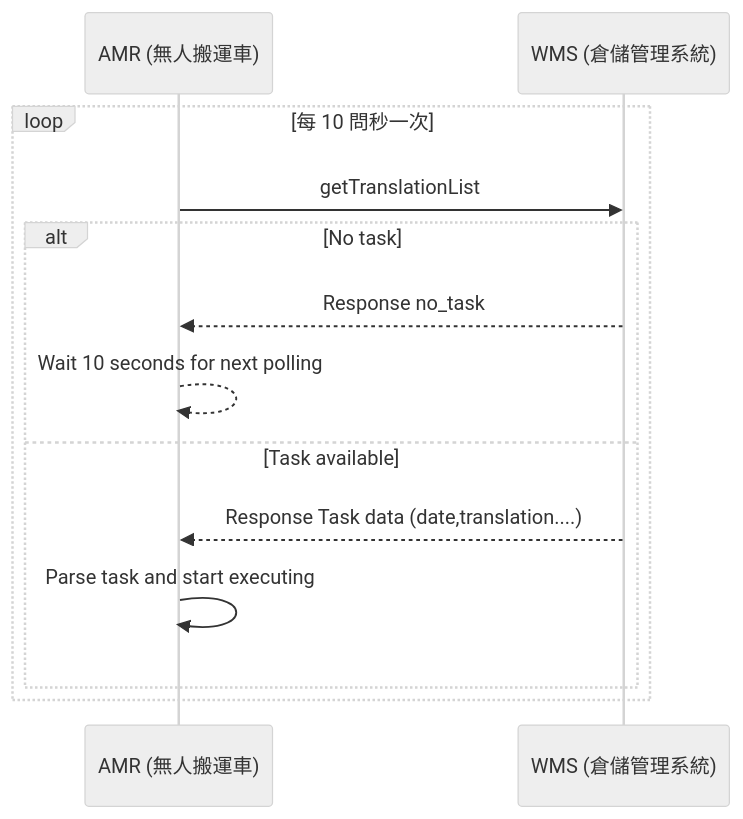
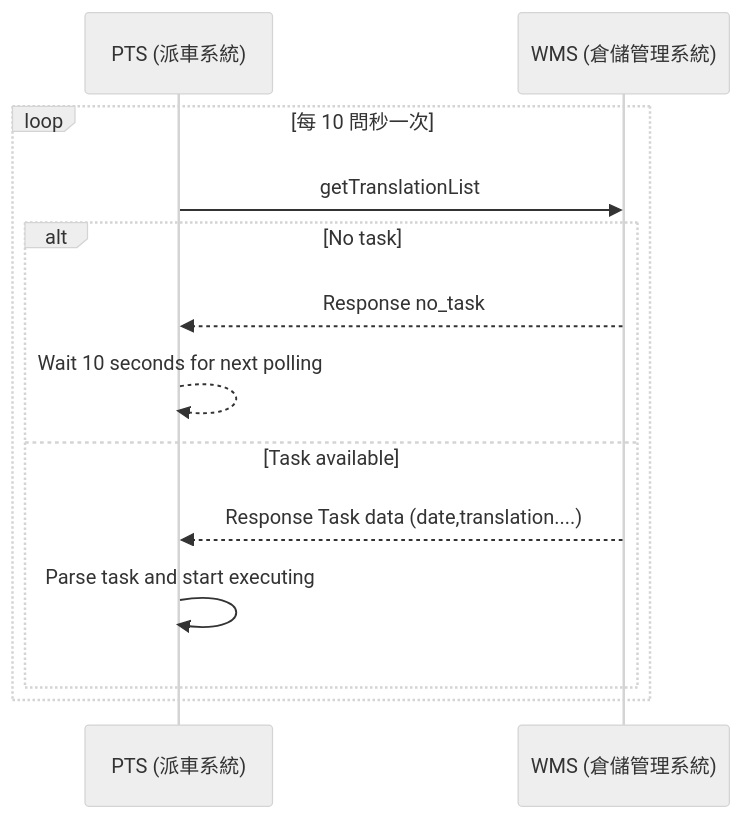
One commit to athena-tircgo/amr-wms-lsj changed the first of 3 diagrams in README.md. Above: the diagram before and after it, drawn with Mermaid (neutral theme). The commit also changed other lines of this file, not shown here.

````diff
--- a/README.md
+++ b/README.md
@@ -125,15 +125,15 @@
 ```mermaid
 sequenceDiagram
-    participant AMR as AMR (無人搬運車)
+    participant PTS as PTS (派車系統)
     participant WMS as WMS (倉儲管理系統)
     loop 每 10 問秒一次
-        AMR->>WMS: getTranslationList
+        PTS->>WMS: getTranslationList
         alt No task
-            WMS-->>AMR: Response no_task
-            AMR-->>AMR: Wait 10 seconds for next polling
+            WMS-->>PTS: Response no_task
+            PTS-->>PTS: Wait 10 seconds for next polling
         else Task available
-            WMS-->>AMR: Response Task data (date,translation....)
-            AMR->>AMR: Parse task and start executing
+            WMS-->>PTS: Response Task data (date,translation....)
+            PTS->>PTS: Parse task and start executing
         end
     end
 ```
````
